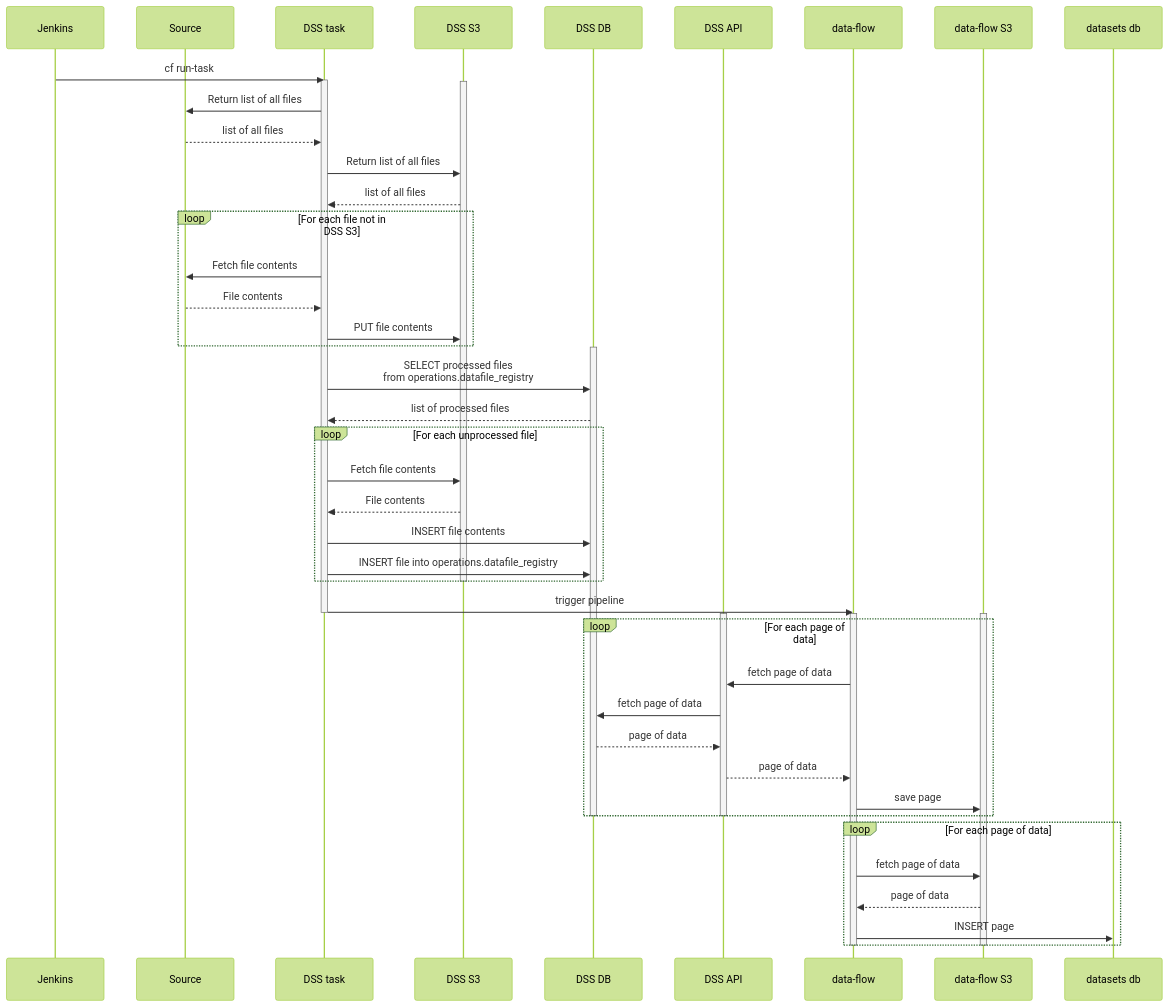
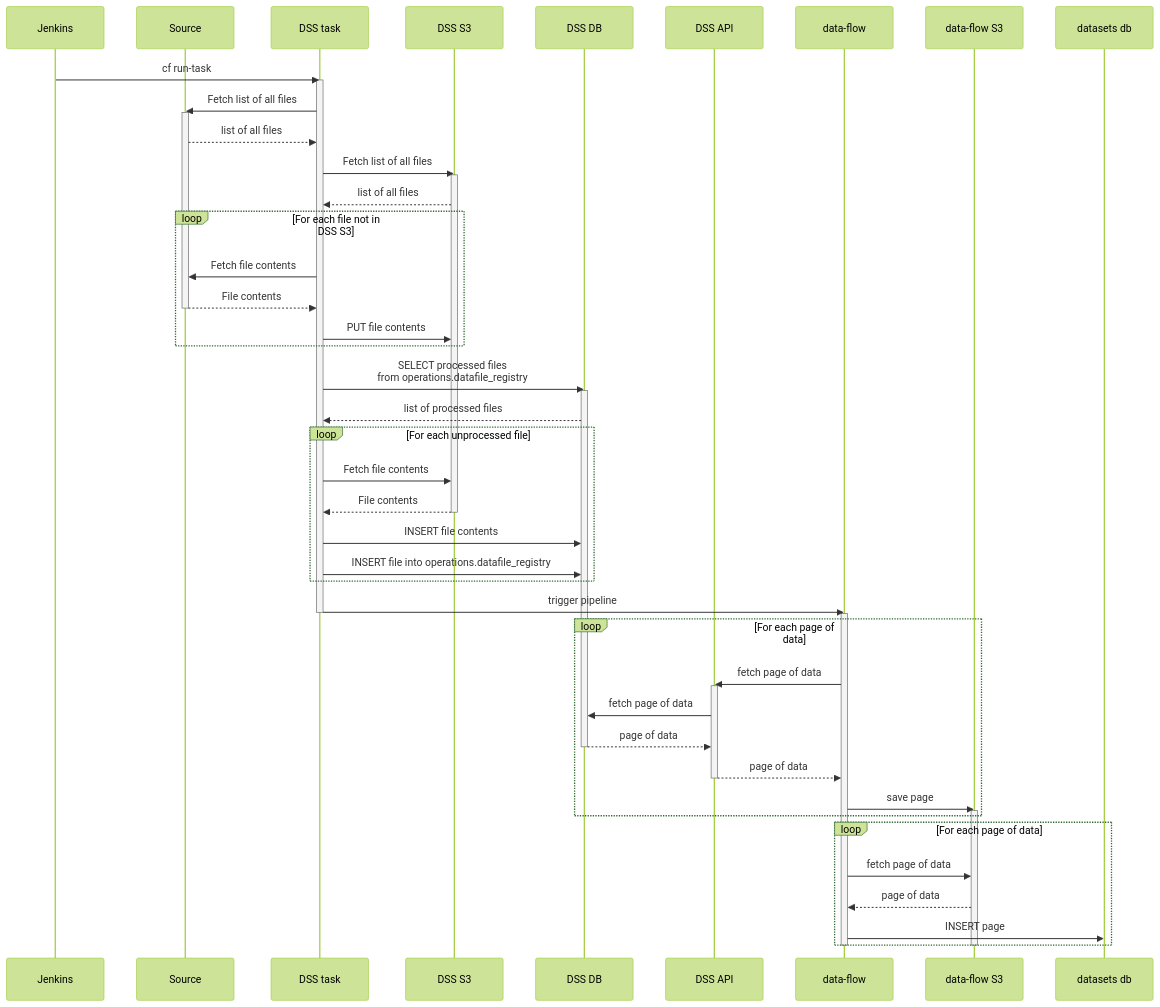
One commit to uktrade/data-store-service changed the diagram in README.md. Above: the diagram before and after it, drawn with Mermaid (forest theme).

Commit message:
docs: tidy activation and deactivation

````diff
--- a/README.md
+++ b/README.md
@@ -10,60 +10,62 @@
 ```mermaid
 sequenceDiagram
     participant Jenkins
     participant Source
     participant DSS task
     participant DSS S3
     participant DSS DB
     participant DSS API
 
     Jenkins ->> DSS task: cf run-task
     activate DSS task
+
+    DSS task ->> Source: Fetch list of all files
+    activate Source
+    Source -->> DSS task: list of all files
+    DSS task ->> DSS S3: Fetch list of all files
     activate DSS S3
-
-    DSS task ->> Source: Return list of all files
-    Source -->> DSS task: list of all files
-    DSS task ->> DSS S3: Return list of all files
     DSS S3 -->> DSS task: list of all files
     loop For each file not in DSS S3
       DSS task ->> Source: Fetch file contents
       Source -->> DSS task: File contents
+      deactivate Source
       DSS task ->> DSS S3: PUT file contents
     end
 
+    DSS task ->> DSS DB: SELECT processed files <br>from operations.datafile_registry
     activate DSS DB
-    DSS task ->> DSS DB: SELECT processed files <br>from operations.datafile_registry
     DSS DB -->> DSS task: list of processed files
 
     loop For each unprocessed file
       DSS task ->> DSS S3: Fetch file contents
       DSS S3 -->> DSS task: File contents
+      deactivate DSS S3
       DSS task ->> DSS DB: INSERT file contents
       DSS task ->> DSS DB: INSERT file into operations.datafile_registry
     end
-    deactivate DSS S3
 
     DSS task ->> data-flow: trigger pipeline
     deactivate DSS task
-    activate DSS API
     activate data-flow
-    activate data-flow S3
 
     loop For each page of data
        data-flow ->> DSS API: fetch page of data
+       activate DSS API
        DSS API ->> DSS DB: fetch page of data
        DSS DB -->> DSS API: page of data
+       deactivate DSS DB
        DSS API -->> data-flow: page of data
+       deactivate DSS API
        data-flow ->> data-flow S3: save page
+       activate data-flow S3
     end
-    deactivate DSS DB
-    deactivate DSS API
 
     loop For each page of data
        data-flow ->> data-flow S3: fetch page of data
        data-flow S3 -->> data-flow: page of data
        data-flow ->> datasets db: INSERT page
     end
 
     deactivate data-flow
     deactivate data-flow S3
 ```
````
